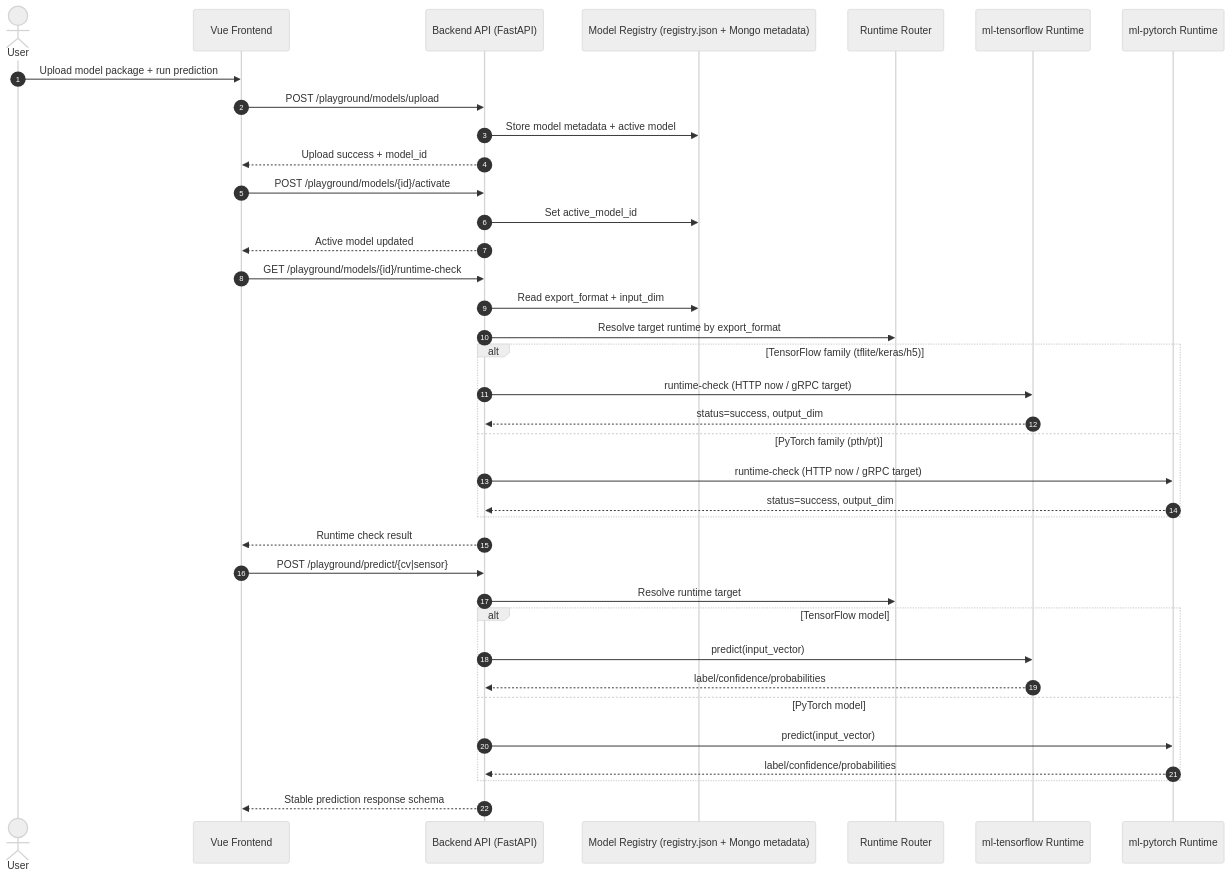
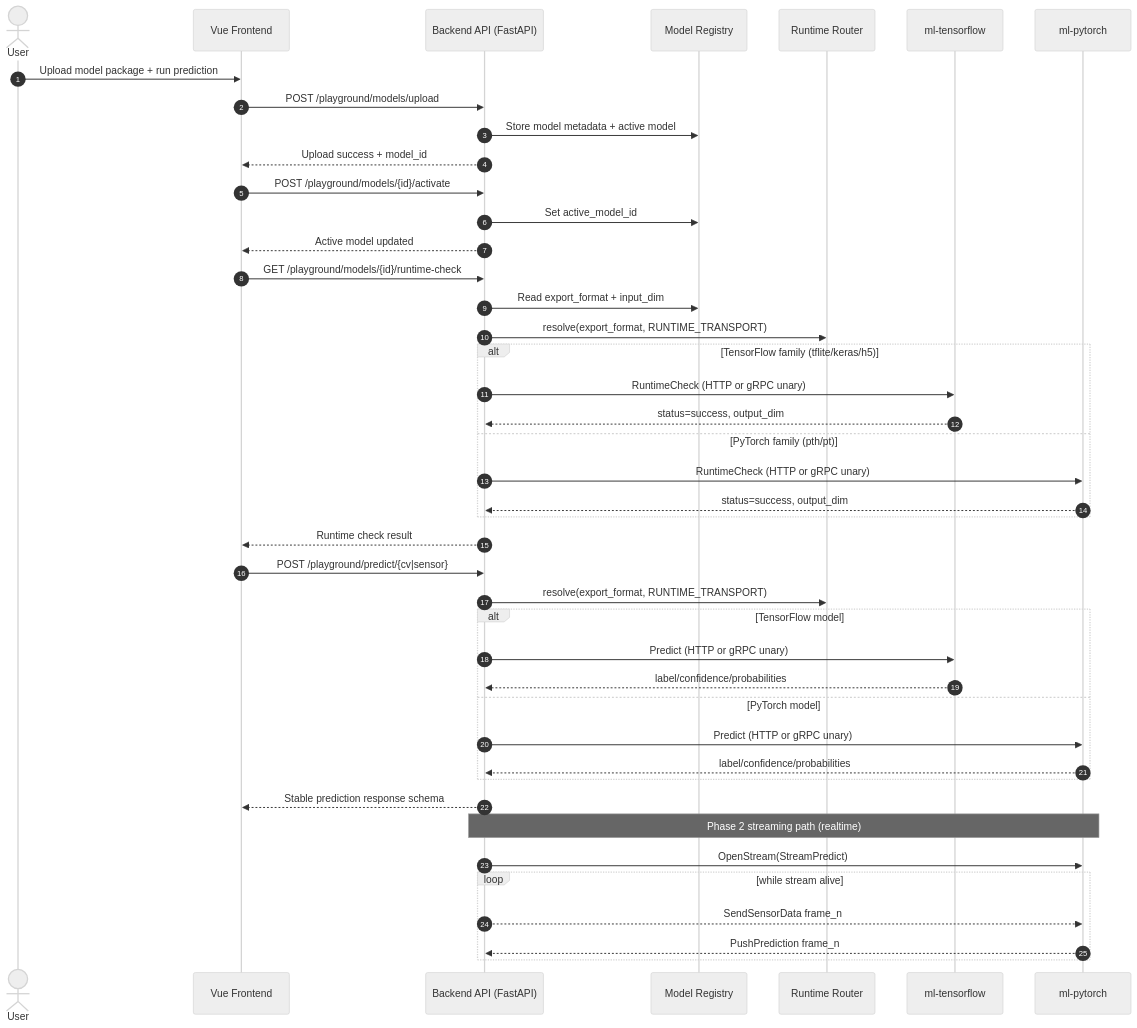
Before and after one commit to lovelypoet/SilentVoix: the first of 4 diagrams in docs/grpc_mermaid_blueprint.md, drawn with Mermaid (neutral theme). The commit also changed other lines of this file and 9 other files, not shown here.

````diff
--- a/docs/grpc_mermaid_blueprint.md
+++ b/docs/grpc_mermaid_blueprint.md
@@ -7,43 +9,50 @@
 ```mermaid
 sequenceDiagram
     autonumber
     actor U as User
     participant FE as Vue Frontend
     participant API as Backend API (FastAPI)
-    participant REG as Model Registry (registry.json + Mongo metadata)
-    participant RT as Runtime Router
-    participant TF as ml-tensorflow Runtime
-    participant PT as ml-pytorch Runtime
+    participant REG as Model Registry
+    participant RTR as Runtime Router
+    participant TF as ml-tensorflow
+    participant PT as ml-pytorch
 
     U->>FE: Upload model package + run prediction
     FE->>API: POST /playground/models/upload
     API->>REG: Store model metadata + active model
     API-->>FE: Upload success + model_id
 
     FE->>API: POST /playground/models/{id}/activate
     API->>REG: Set active_model_id
     API-->>FE: Active model updated
 
     FE->>API: GET /playground/models/{id}/runtime-check
     API->>REG: Read export_format + input_dim
-    API->>RT: Resolve target runtime by export_format
+    API->>RTR: resolve(export_format, RUNTIME_TRANSPORT)
     alt TensorFlow family (tflite/keras/h5)
-        API->>TF: runtime-check (HTTP now / gRPC target)
+        API->>TF: RuntimeCheck (HTTP or gRPC unary)
         TF-->>API: status=success, output_dim
     else PyTorch family (pth/pt)
-        API->>PT: runtime-check (HTTP now / gRPC target)
+        API->>PT: RuntimeCheck (HTTP or gRPC unary)
         PT-->>API: status=success, output_dim
     end
     API-->>FE: Runtime check result
 
     FE->>API: POST /playground/predict/{cv|sensor}
-    API->>RT: Resolve runtime target
+    API->>RTR: resolve(export_format, RUNTIME_TRANSPORT)
     alt TensorFlow model
-        API->>TF: predict(input_vector)
+        API->>TF: Predict (HTTP or gRPC unary)
         TF-->>API: label/confidence/probabilities
     else PyTorch model
-        API->>PT: predict(input_vector)
+        API->>PT: Predict (HTTP or gRPC unary)
         PT-->>API: label/confidence/probabilities
     end
     API-->>FE: Stable prediction response schema
+
+    Note over API,PT: Phase 2 streaming path (realtime)
+    API->>PT: OpenStream(StreamPredict)
+    loop while stream alive
+      API-->>PT: SendSensorData frame_n
+      PT-->>API: PushPrediction frame_n
+    end
 ```
````
